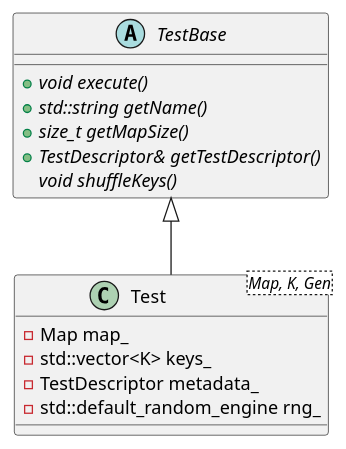
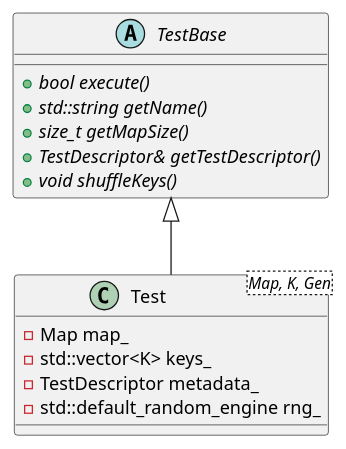
One commit to Yourzo/hasherBenchmarker changed the diagram in UMLplant/Test.puml. Above: the diagram before and after it, drawn with PlantUML. The commit also changed 3 other files, not shown here.

```diff
--- a/UMLplant/Test.puml
+++ b/UMLplant/Test.puml
@@ -1,19 +1,19 @@
 @startuml
 
 abstract TestBase {
-+void {abstract} execute()
++bool {abstract} execute()
 +std::string {abstract} getName()
 +size_t {abstract} getMapSize()
 +TestDescriptor& {abstract} getTestDescriptor()
-void {abstract} shuffleKeys()
++void {abstract} shuffleKeys()
 }
 
 class Test<Map, K, Gen> {
 -Map map_
 -std::vector<K> keys_
 -TestDescriptor metadata_
 -std::default_random_engine rng_
 }
 
 TestBase <|-- Test
 @enduml
```
